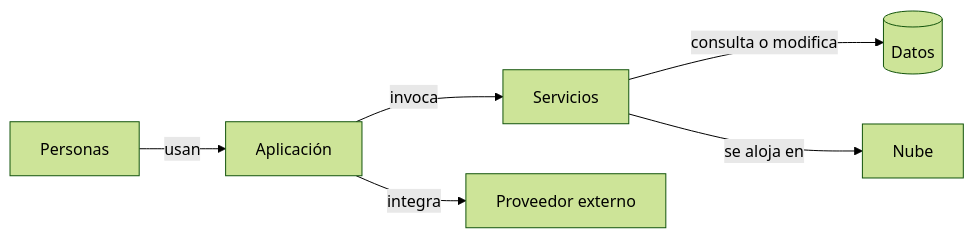
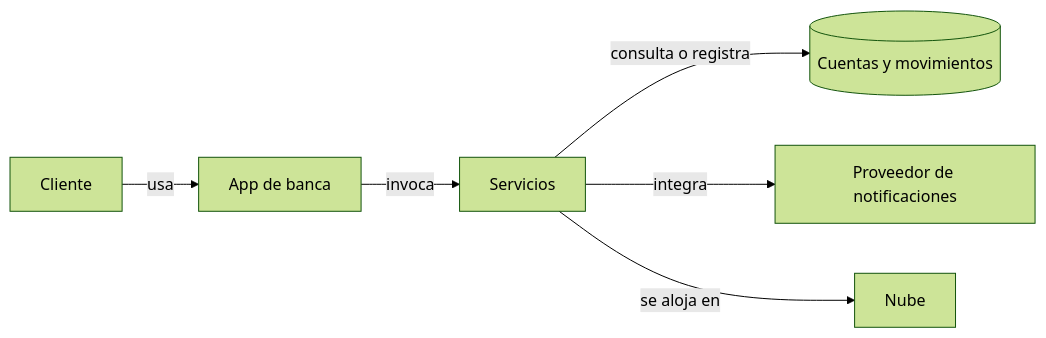
One commit to carlosmgc2003/slides-cuc-2026 changed the first of 7 diagrams in slides-clase-1.md. Above: the diagram before and after it, drawn with Mermaid (forest theme). The commit also changed other lines of this file and 2 other files, not shown here.

First line of the commit message:
Unify class 1 around the banking app case study

````diff
--- a/slides-clase-1.md
+++ b/slides-clase-1.md
@@ -152,8 +180,8 @@
 ```mermaid
 flowchart LR
-  U[Personas] -->|usan| A[Aplicación]
+  U[Cliente] -->|usa| A[App de banca]
   A -->|invoca| S[Servicios]
-  S -->|consulta o modifica| D[(Datos)]
-  A -->|integra| X[Proveedor externo]
+  S -->|consulta o registra| D[(Cuentas y movimientos)]
+  S -->|integra| X[Proveedor de notificaciones]
   S -->|se aloja en| C[Nube]
 ```
````
